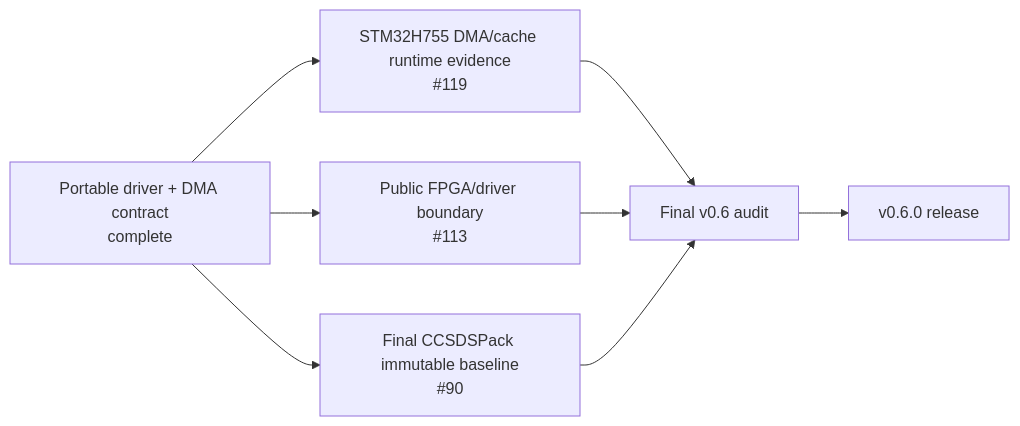
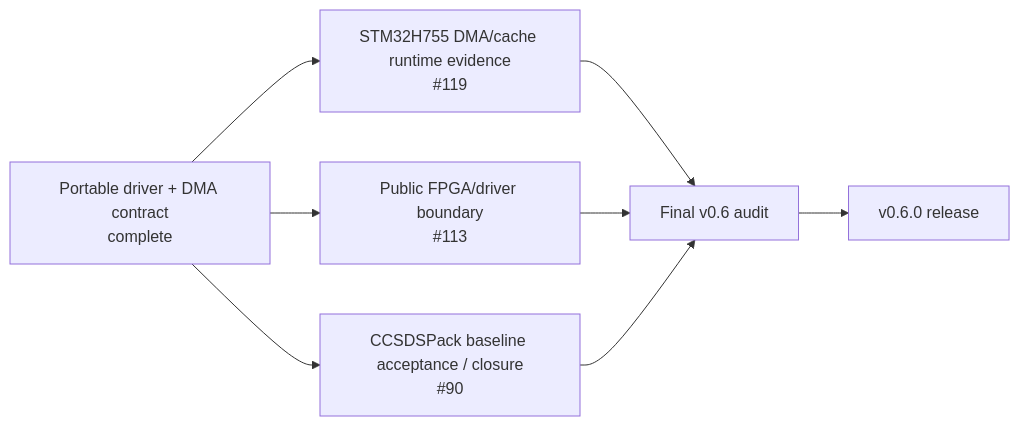
The diagram in docs/current-status.md (ExoSpaceLabs/spwkit), drawn with Mermaid before and after one commit. The commit also changed other lines of this file and 3 other files, not shown here.

````diff
--- a/docs/current-status.md
+++ b/docs/current-status.md
@@ -36,10 +41,10 @@
 ```mermaid
 flowchart LR
-    SW[Portable driver + DMA contract<br/>complete] --> STM[STM32H755 DMA/cache runtime evidence<br/>#119]
-    SW --> FPGA[Public FPGA/driver boundary<br/>#113]
-    SW --> CCSDS[Final CCSDSPack immutable baseline<br/>#90]
-    STM --> AUDIT[Final v0.6 audit]
+    SW["Portable driver + DMA contract<br/>complete"] --> STM["STM32H755 DMA/cache runtime evidence<br/>#119"]
+    SW --> FPGA["Public FPGA/driver boundary<br/>#113"]
+    SW --> CCSDS["CCSDSPack baseline acceptance / closure<br/>#90"]
+    STM --> AUDIT["Final v0.6 audit"]
     FPGA --> AUDIT
     CCSDS --> AUDIT
-    AUDIT --> REL[v0.6.0 release]
+    AUDIT --> REL["v0.6.0 release"]
 ```
````
